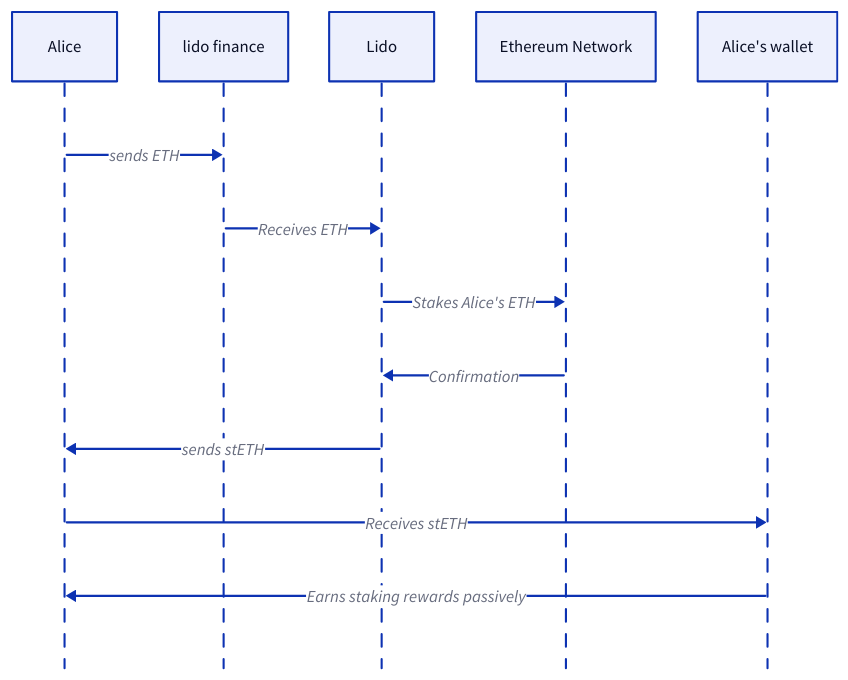
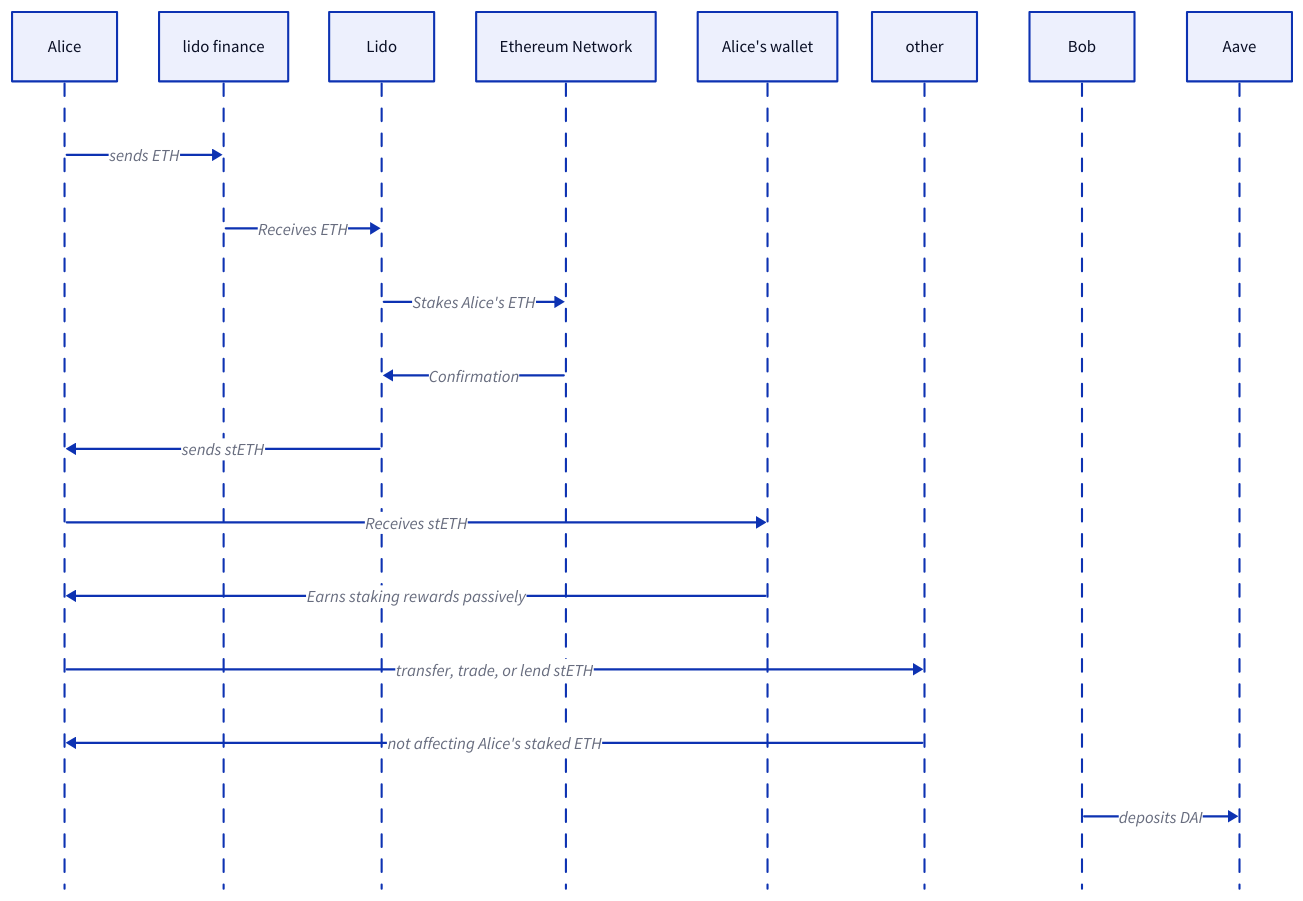
Before and after one commit to blockchain-audit/labs: the diagram in task/defi.d2, drawn with D2. The commit also changed 3 other files, not shown here.

```diff
--- a/task/defi.d2
+++ b/task/defi.d2
@@ -1,9 +1,14 @@
 shape: sequence_diagram
 # Liquid Staking: Earn staking rewards without locking your tokens.
 Alice -> lido finance : sends ETH
 Lido Finance -> Lido: Receives ETH
 Lido -> Ethereum Network: Stakes Alice's ETH
-Ethereum Network --> Lido: Confirmation
+Ethereum Network -> Lido: Confirmation
 lido -> Alice : sends stETH
 Alice -> Alice's wallet : Receives stETH
 Alice's Wallet -> Alice: Earns staking rewards passively
+Alice -> other :  transfer, trade, or lend stETH
+other -> Alice : not affecting Alice's staked ETH
+
+#Lending/Borrowing: Put your crypto to work or access additional funds.
+Bob -> Aave : deposits DAI 
```
